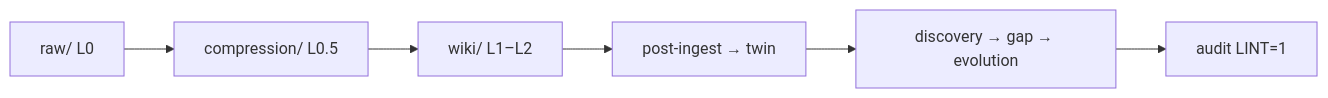
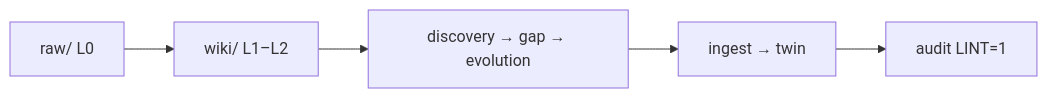
The diagram in design.md (raymondworkshop/dev.self-wiki), drawn with Mermaid before and after one commit. The commit also changed other lines of this file and 96 other files, not shown here.

````diff
--- a/design.md
+++ b/design.md
@@ -11,8 +11,7 @@
 ```mermaid
 flowchart LR
-  raw[raw/ L0] --> comp[compression/ L0.5]
-  comp --> wiki[wiki/ L1–L2]
-  wiki --> trust[post-ingest → twin]
-  trust --> agents[discovery → gap → evolution]
-  agents --> audit[audit LINT=1]
+  raw[raw/ L0] --> wiki[wiki/ L1–L2]
+  wiki --> agents[discovery → gap → evolution]
+  agents --> trust[ingest → twin]
+  trust --> audit[audit LINT=1]
 ```
````
